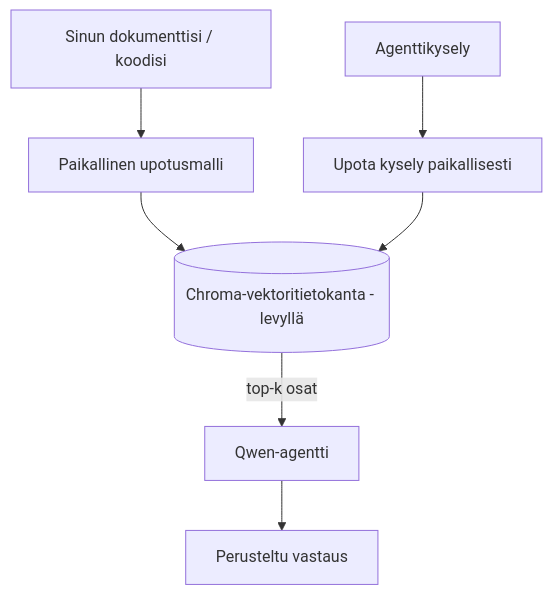
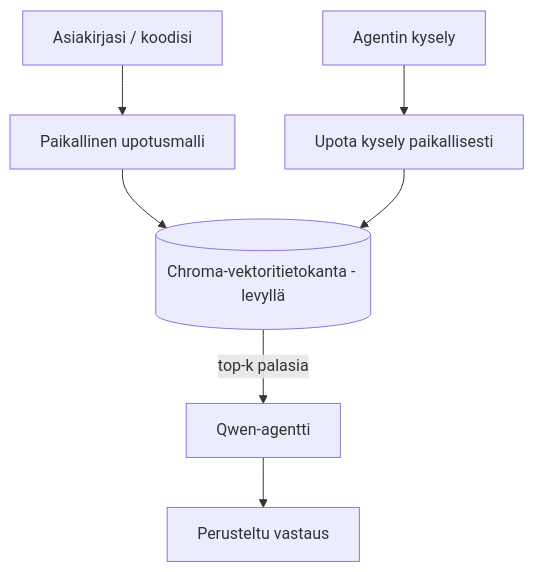
One commit to microsoft/ai-agents-for-beginners changed the third of 4 diagrams in translations/fi/17-creating-local-ai-agents/README.md. Above: the diagram before and after it, drawn with Mermaid. The commit also changed other lines of this file and 47 other files, not shown here.

````diff
--- a/translations/fi/17-creating-local-ai-agents/README.md
+++ b/translations/fi/17-creating-local-ai-agents/README.md
@@ -125,9 +125,9 @@
 ```mermaid
 flowchart TB
-    D[Sinun dokumenttisi / koodisi] --> E[Paikallinen upotusmalli]
+    D[Asiakirjasi / koodisi] --> E[Paikallinen upotusmalli]
     E --> V[(Chroma-vektoritietokanta - levyllä)]
-    Q[Agenttikysely] --> QE[Upota kysely paikallisesti]
+    Q[Agentin kysely] --> QE[Upota kysely paikallisesti]
     QE --> V
-    V -->|top-k osat| A[Qwen-agentti]
+    V -->|top-k palasia| A[Qwen-agentti]
     A --> Ans[Perusteltu vastaus]
 ```
````
